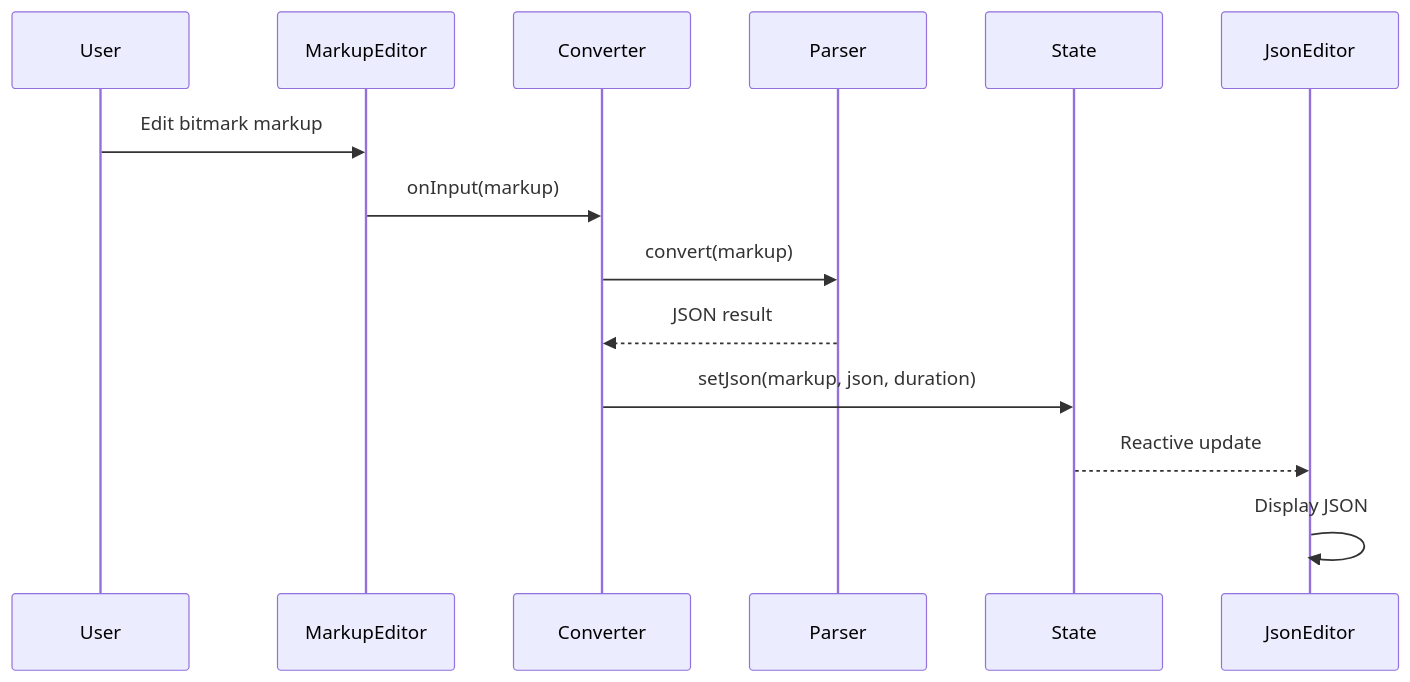
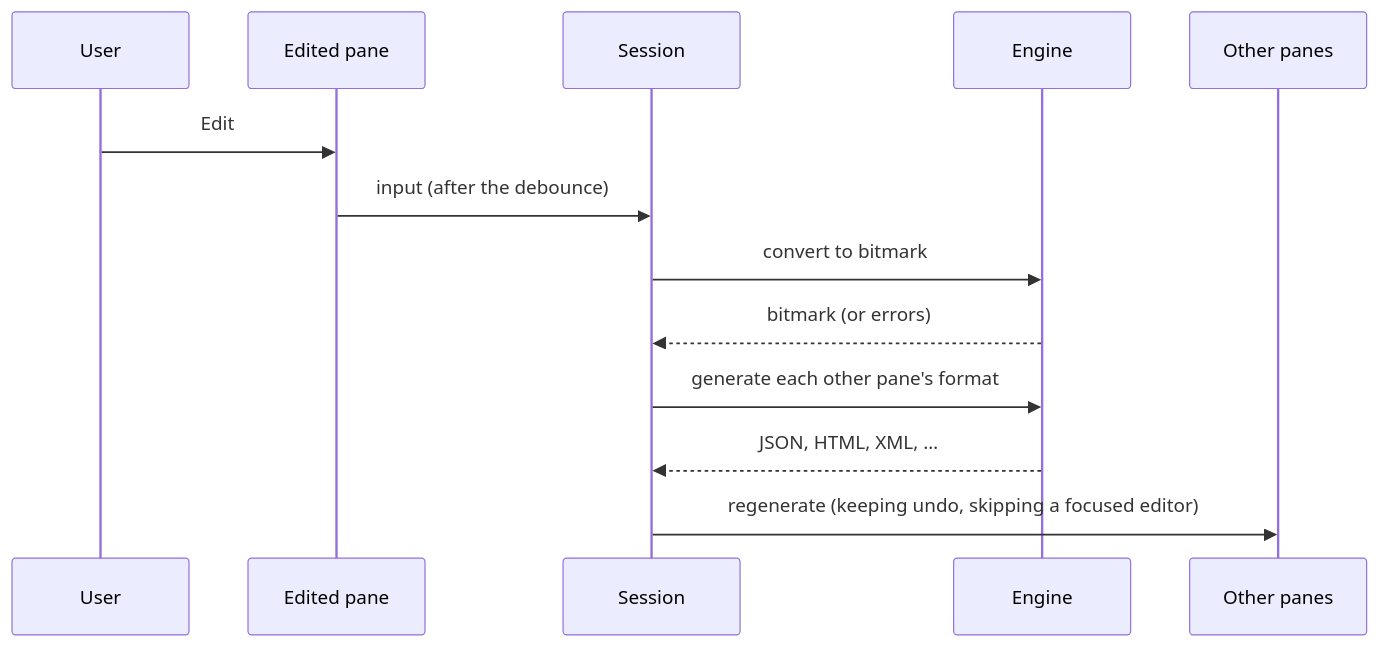
Before and after one commit to getMoreBrain/bitmark-editor: the second of 3 diagrams in .awa/specs/ARCHITECTURE.md, drawn with Mermaid. The commit also changed other lines of this file and 3 other files, not shown here.

First line of the commit message:
docs: README and architecture for the editor packages (PLAN-024 Phase 8)

````diff
--- a/.awa/specs/ARCHITECTURE.md
+++ b/.awa/specs/ARCHITECTURE.md
@@ -217,17 +239,16 @@
 ```mermaid
 sequenceDiagram
     participant User
-    participant MarkupEditor
-    participant Converter
-    participant Parser
-    participant State
-    participant JsonEditor
+    participant Pane as Edited pane
+    participant Session
+    participant Engine
+    participant Others as Other panes
 
-    User->>MarkupEditor: Edit bitmark markup
-    MarkupEditor->>Converter: onInput(markup)
-    Converter->>Parser: convert(markup)
-    Parser-->>Converter: JSON result
-    Converter->>State: setJson(markup, json, duration)
-    State-->>JsonEditor: Reactive update
-    JsonEditor->>JsonEditor: Display JSON
+    User->>Pane: Edit
+    Pane->>Session: input (after the debounce)
+    Session->>Engine: convert to bitmark
+    Engine-->>Session: bitmark (or errors)
+    Session->>Engine: generate each other pane's format
+    Engine-->>Session: JSON, HTML, XML, …
+    Session->>Others: regenerate (keeping undo, skipping a focused editor)
 ```
````
